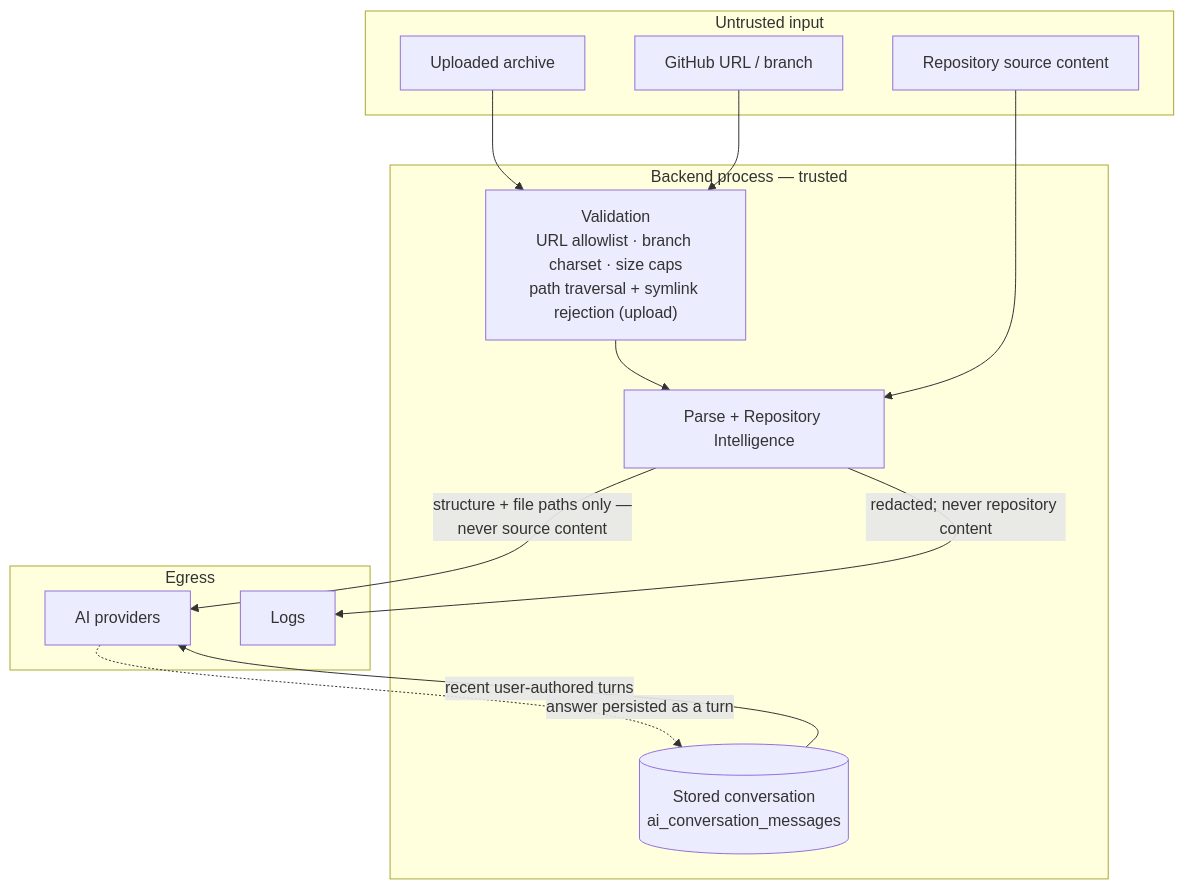
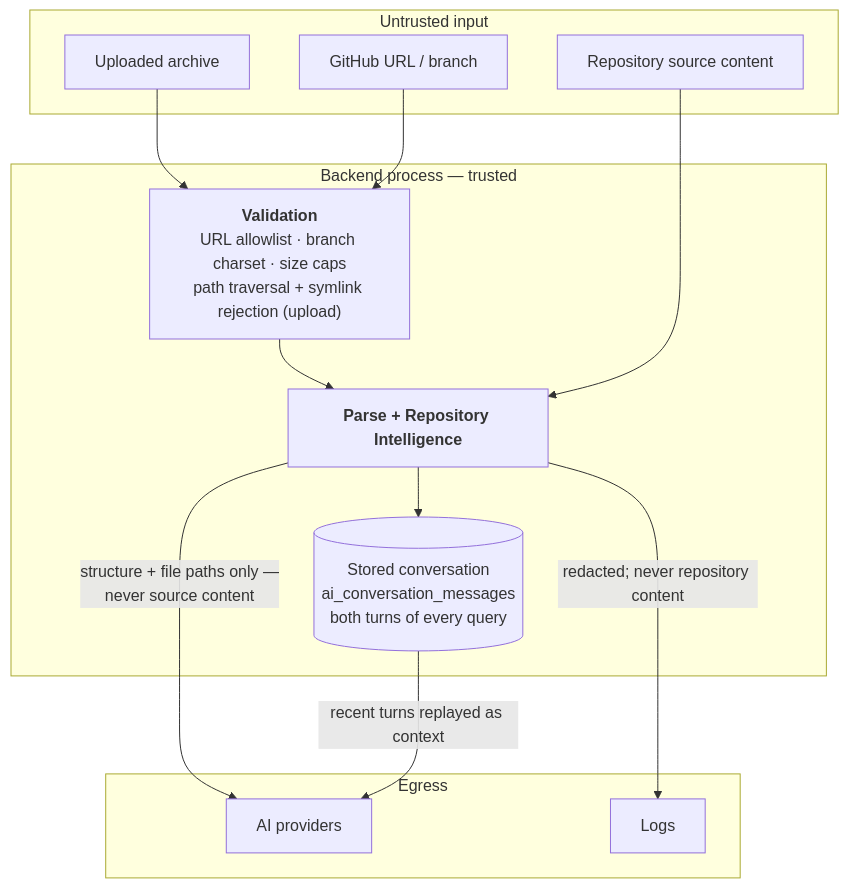
Before and after one commit to Second-Origin/PARTHA: the fourth of 4 diagrams in docs/architecture/SYSTEM_OVERVIEW.md, drawn with Mermaid. The commit also changed other lines of this file and 5 other files, not shown here.

First line of the commit message:
docs: complete the endpoint surface, disclose retention to testers, improve diagram layout

````diff
--- a/docs/architecture/SYSTEM_OVERVIEW.md
+++ b/docs/architecture/SYSTEM_OVERVIEW.md
@@ -221,28 +224,28 @@
 ```mermaid
 flowchart TB
     subgraph Untrusted["Untrusted input"]
         Archive["Uploaded archive"]
         RepoURL["GitHub URL / branch"]
         Source["Repository source content"]
     end
 
     subgraph Backend["Backend process — trusted"]
-        Validate["Validation<br/>URL allowlist · branch charset · size caps<br/>path traversal + symlink rejection (upload)"]
-        Engine["Parse + Repository Intelligence"]
-        Thread[("Stored conversation<br/>ai_conversation_messages")]
+        Validate["<b>Validation</b><br/>URL allowlist · branch charset · size caps<br/>path traversal + symlink rejection (upload)"]
+        Engine["<b>Parse + Repository Intelligence</b>"]
+        Thread[("Stored conversation<br/>ai_conversation_messages<br/>both turns of every query")]
     end
 
     subgraph Out["Egress"]
         Providers["AI providers"]
         Logs["Logs"]
     end
 
     Archive --> Validate
     RepoURL --> Validate
     Validate --> Engine
     Source --> Engine
     Engine -->|"structure + file paths only —<br/>never source content"| Providers
-    Thread -->|"recent user-authored turns"| Providers
-    Providers -.->|"answer persisted as a turn"| Thread
     Engine -->|"redacted; never repository content"| Logs
+    Engine --> Thread
+    Thread -->|"recent turns replayed as context"| Providers
 ```
````
